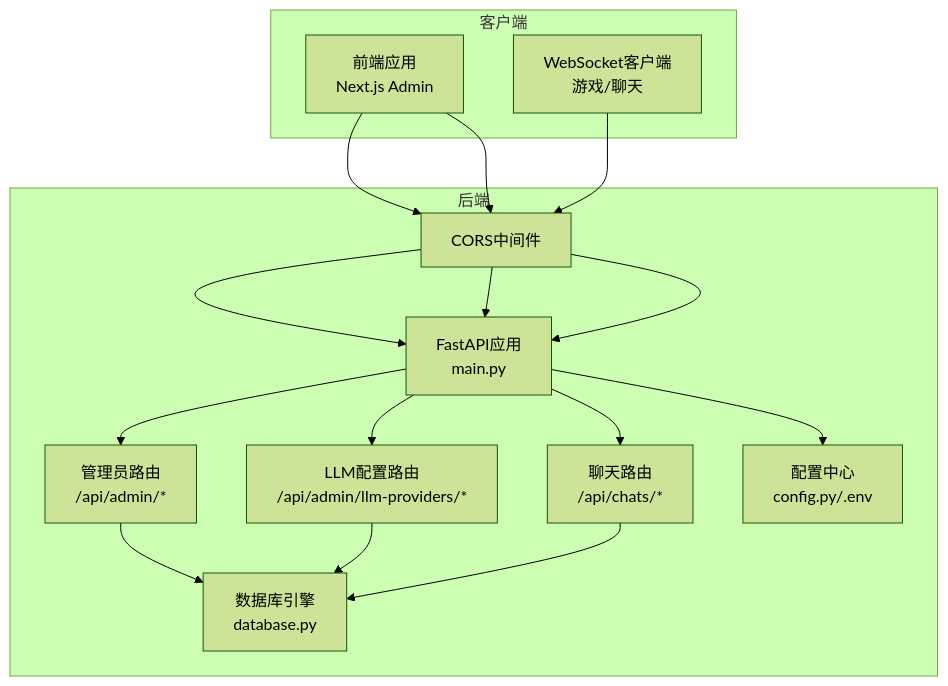
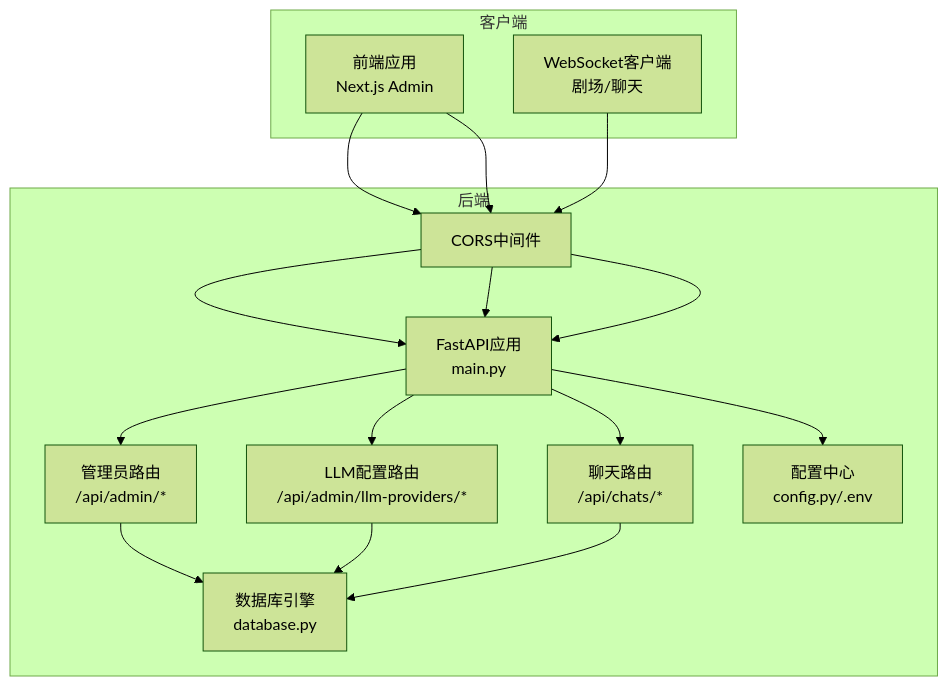
The second of 6 diagrams in .qoder/repowiki/zh/content/部署指南/安全配置/API安全.md (KunLabAI/KunFlix), drawn with Mermaid (forest theme) before and after one commit. The commit also changed 112 other files, not shown here.

````diff
--- a/.qoder/repowiki/zh/content/部署指南/安全配置/API安全.md
+++ b/.qoder/repowiki/zh/content/部署指南/安全配置/API安全.md
@@ -100,23 +100,23 @@
 ```mermaid
 graph TB
 subgraph "客户端"
 FE["前端应用<br/>Next.js Admin"]
-WS["WebSocket客户端<br/>游戏/聊天"]
+WS["WebSocket客户端<br/>剧场/聊天"]
 end
 subgraph "后端"
 APP["FastAPI应用<br/>main.py"]
 CORS["CORS中间件"]
 ROUTER_ADMIN["管理员路由<br/>/api/admin/*"]
 ROUTER_LLM["LLM配置路由<br/>/api/admin/llm-providers/*"]
 ROUTER_CHATS["聊天路由<br/>/api/chats/*"]
 DB["数据库引擎<br/>database.py"]
 CFG["配置中心<br/>config.py/.env"]
 end
 FE --> CORS --> APP --> ROUTER_ADMIN
 FE --> CORS --> APP --> ROUTER_LLM
 WS --> CORS --> APP --> ROUTER_CHATS
 ROUTER_ADMIN --> DB
 ROUTER_LLM --> DB
 ROUTER_CHATS --> DB
 APP --> CFG
 ```
````
